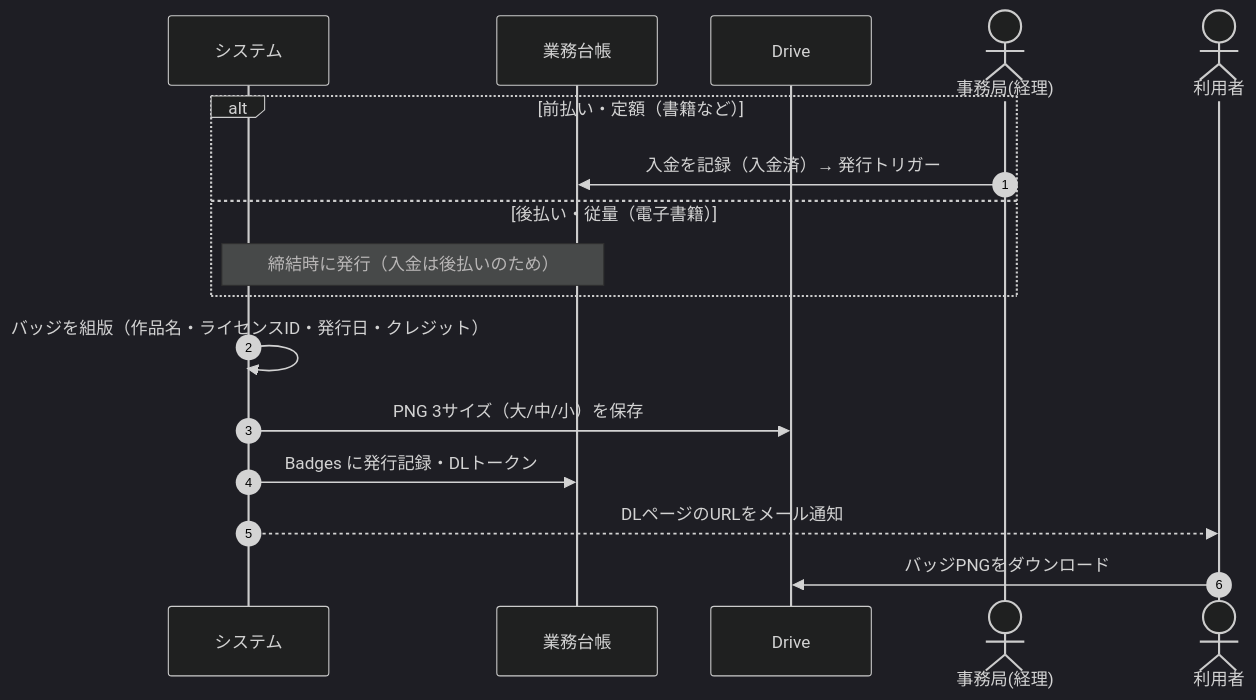
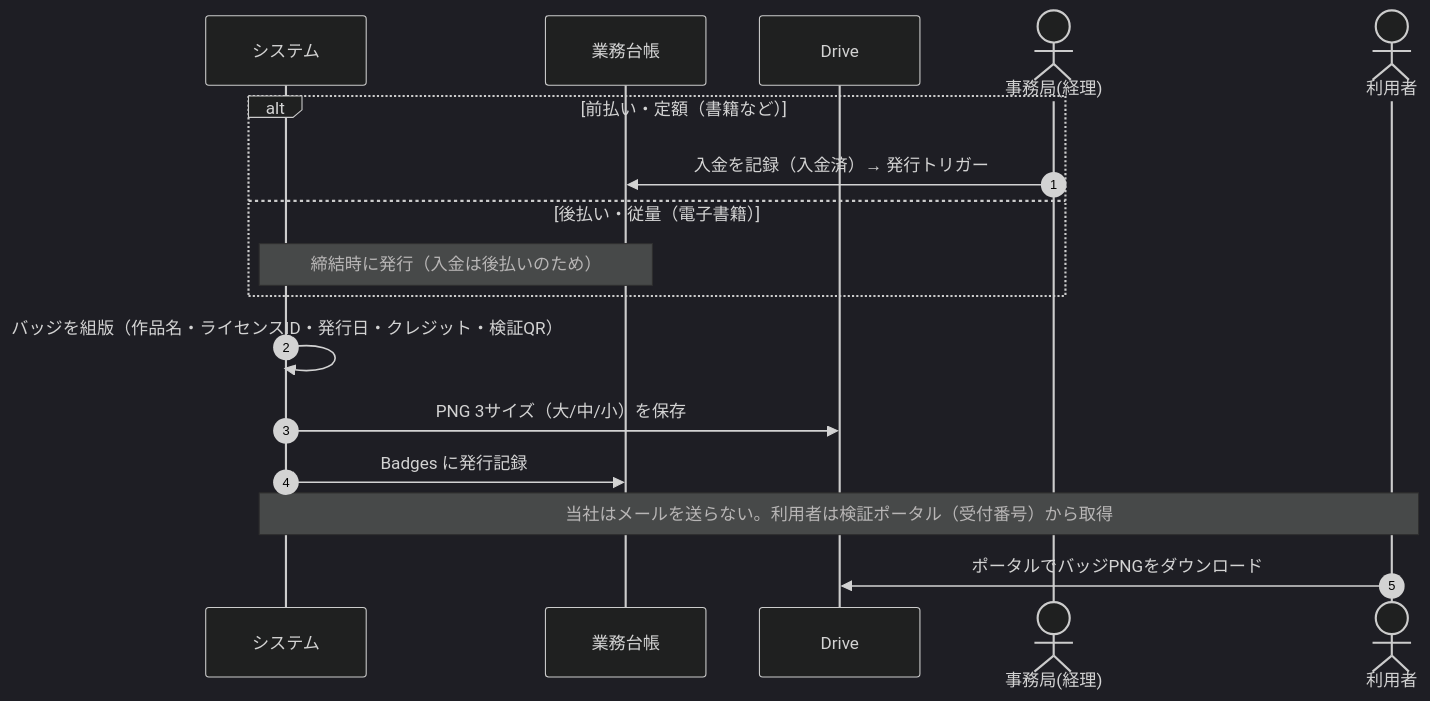
The seventh of 9 diagrams in docs/SPLL_業務フロー確認資料_v0.1.md (tatsuyakuramchi/SPLL), drawn with Mermaid (dark theme) before and after one commit. The commit also changed other lines of this file and 3 other files, not shown here.

````diff
--- a/docs/SPLL_業務フロー確認資料_v0.1.md
+++ b/docs/SPLL_業務フロー確認資料_v0.1.md
@@ -270,19 +265,19 @@
 ```mermaid
 sequenceDiagram
   autonumber
   participant SYS as システム
   participant DB as 業務台帳
   participant DR as Drive
   actor OF as 事務局(経理)
   actor U as 利用者
   alt 前払い・定額（書籍など）
     OF->>DB: 入金を記録（入金済）→ 発行トリガー
   else 後払い・従量（電子書籍）
     Note over SYS,DB: 締結時に発行（入金は後払いのため）
   end
-  SYS->>SYS: バッジを組版（作品名・ライセンスID・発行日・クレジット）
+  SYS->>SYS: バッジを組版（作品名・ライセンスID・発行日・クレジット・検証QR）
   SYS->>DR: PNG 3サイズ（大/中/小）を保存
-  SYS->>DB: Badges に発行記録・DLトークン
-  SYS-->>U: DLページのURLをメール通知
-  U->>DR: バッジPNGをダウンロード
+  SYS->>DB: Badges に発行記録
+  Note over SYS,U: 当社はメールを送らない。利用者は検証ポータル（受付番号）から取得
+  U->>DR: ポータルでバッジPNGをダウンロード
 ```
````
